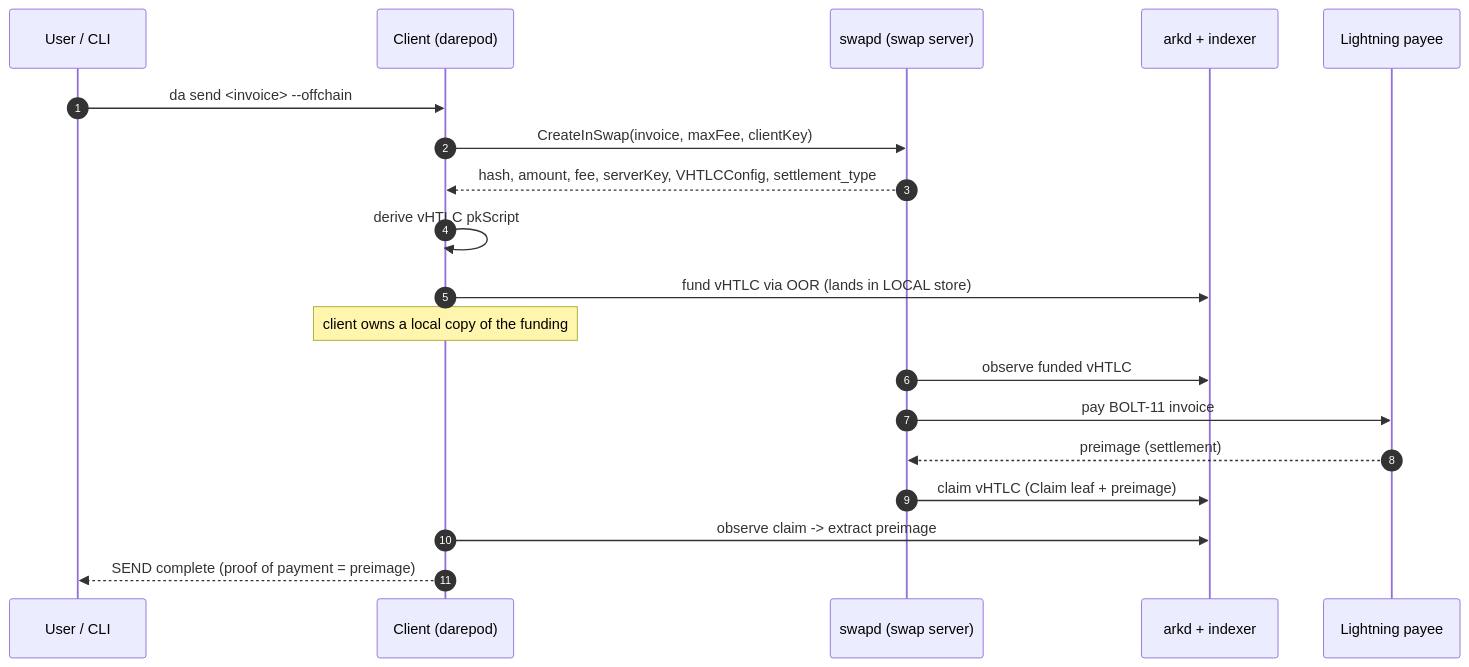
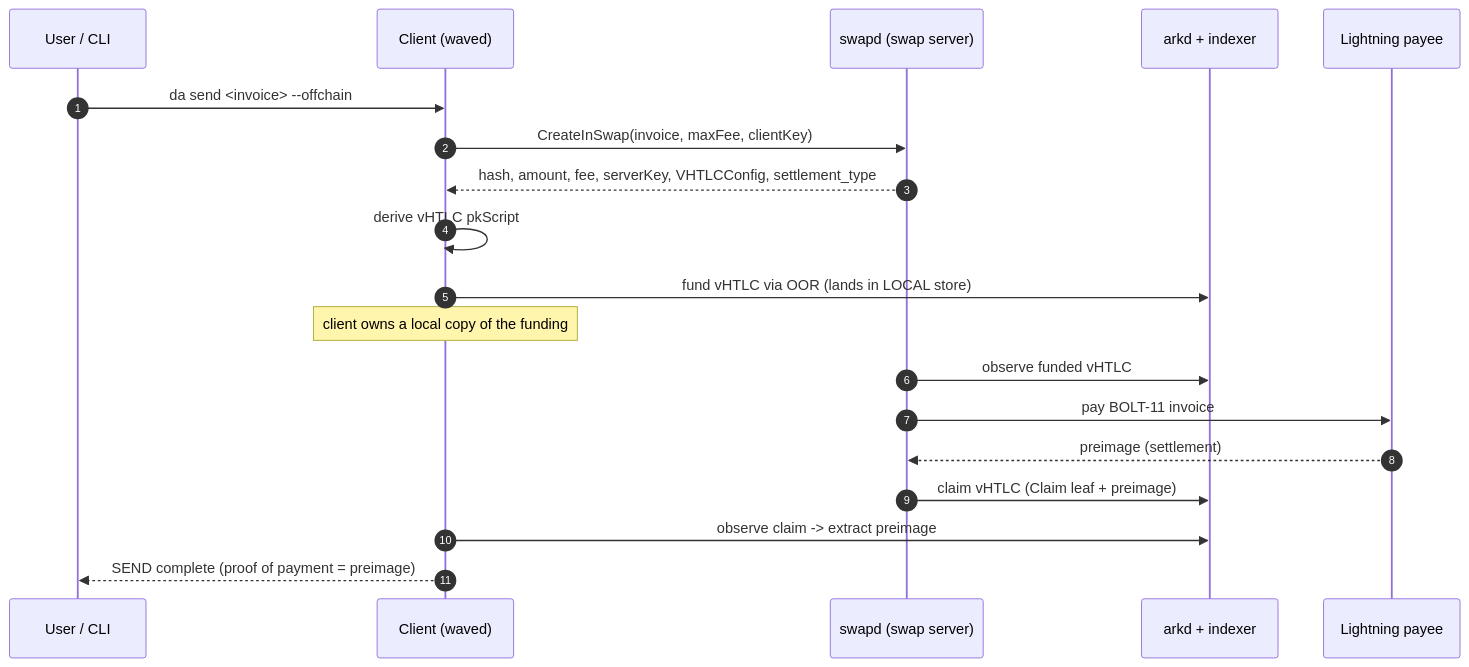
Before and after one commit to lightninglabs/wavelength: the third of 6 diagrams in docs/swap_system.md, drawn with Mermaid. The commit also changed other lines of this file and 163 other files, not shown here.

````diff
--- a/docs/swap_system.md
+++ b/docs/swap_system.md
@@ -314,22 +314,22 @@
 ```mermaid
 sequenceDiagram
     autonumber
     participant U as User / CLI
-    participant C as Client (darepod)
+    participant C as Client (waved)
     participant S as swapd (swap server)
     participant A as arkd + indexer
     participant P as Lightning payee
 
     U->>C: da send <invoice> --offchain
     C->>S: CreateInSwap(invoice, maxFee, clientKey)
     S-->>C: hash, amount, fee, serverKey, VHTLCConfig, settlement_type
     C->>C: derive vHTLC pkScript
     C->>A: fund vHTLC via OOR (lands in LOCAL store)
     Note over C: client owns a local copy of the funding
     S->>A: observe funded vHTLC
     S->>P: pay BOLT-11 invoice
     P-->>S: preimage (settlement)
     S->>A: claim vHTLC (Claim leaf + preimage)
     C->>A: observe claim -> extract preimage
     C-->>U: SEND complete (proof of payment = preimage)
 ```
````
